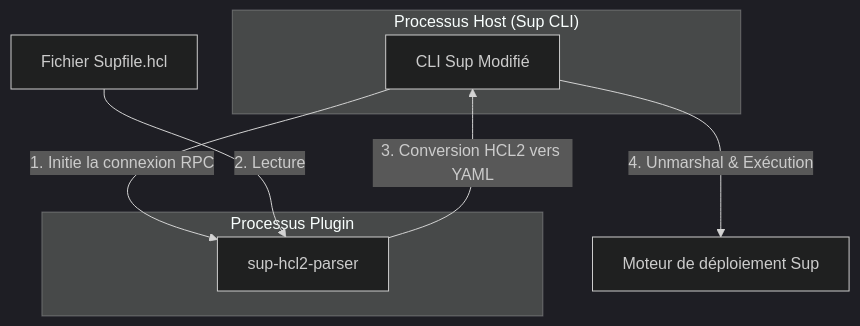
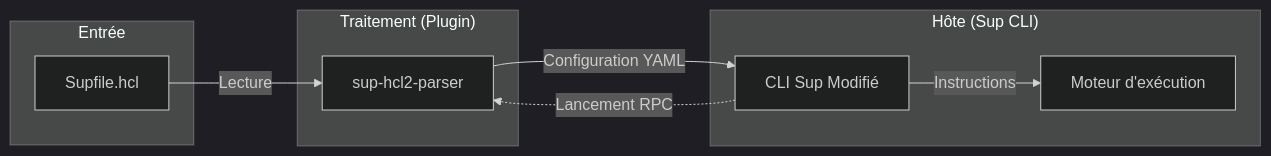
One commit to maelanjais/sup-hcl2-plugin changed the diagram in README.md. Above: the diagram before and after it, drawn with Mermaid (dark theme). The commit also changed other lines of this file and 1 other file, not shown here.

````diff
--- a/README.md
+++ b/README.md
@@ -11,15 +11,20 @@
 ```mermaid
-graph TD
-    subgraph "Processus Host (Sup CLI)"
-        A[CLI Sup Modifié]
-    end
-    
-    subgraph "Processus Plugin"
-        B[sup-hcl2-parser]
+graph LR
+    subgraph "Entrée"
+        Config[Supfile.hcl]
     end
 
-    A -->|1. Initie la connexion RPC| B
-    C[Fichier Supfile.hcl] -->|2. Lecture| B
-    B -->|3. Conversion HCL2 vers YAML| A
-    A -->|4. Unmarshal & Exécution| D[Moteur de déploiement Sup]
+    subgraph "Traitement (Plugin)"
+        Parser[sup-hcl2-parser]
+    end
+
+    subgraph "Hôte (Sup CLI)"
+        Main[CLI Sup Modifié]
+        Engine[Moteur d'exécution]
+    end
+
+    Config -->|Lecture| Parser
+    Main -.->|Lancement RPC| Parser
+    Parser -->|Configuration YAML| Main
+    Main -->|Instructions| Engine
 ```
````
